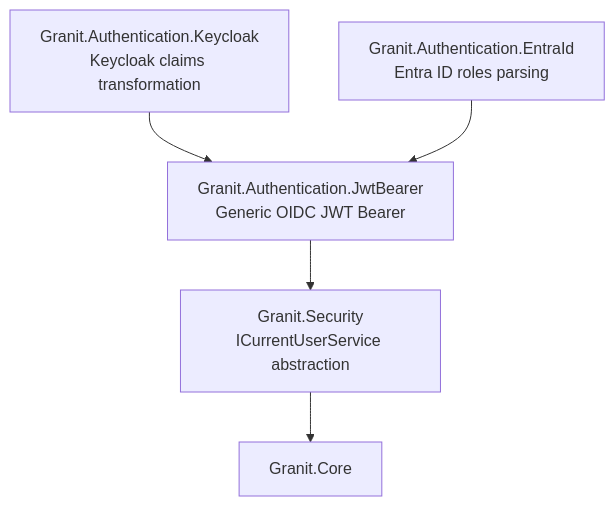
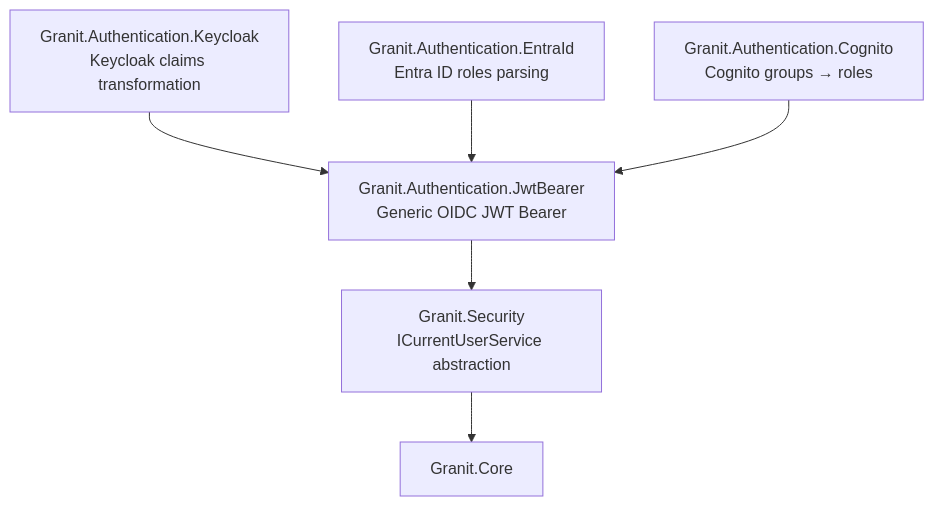
Before and after one commit to enraiz/granit-dotnet: the first of 3 diagrams in docs-site/src/content/docs/concepts/security-model.mdx, drawn with Mermaid. The commit also changed other lines of this file and 14 other files, not shown here.

````diff
--- a/docs-site/src/content/docs/concepts/security-model.mdx
+++ b/docs-site/src/content/docs/concepts/security-model.mdx
@@ -24,7 +24,8 @@
 ```mermaid
 graph TD
     S["Granit.Security<br/>ICurrentUserService abstraction"] --> C[Granit.Core]
     JWT["Granit.Authentication.JwtBearer<br/>Generic OIDC JWT Bearer"] --> S
     KC["Granit.Authentication.Keycloak<br/>Keycloak claims transformation"] --> JWT
     EID["Granit.Authentication.EntraId<br/>Entra ID roles parsing"] --> JWT
+    CG["Granit.Authentication.Cognito<br/>Cognito groups → roles"] --> JWT
 ```
````
